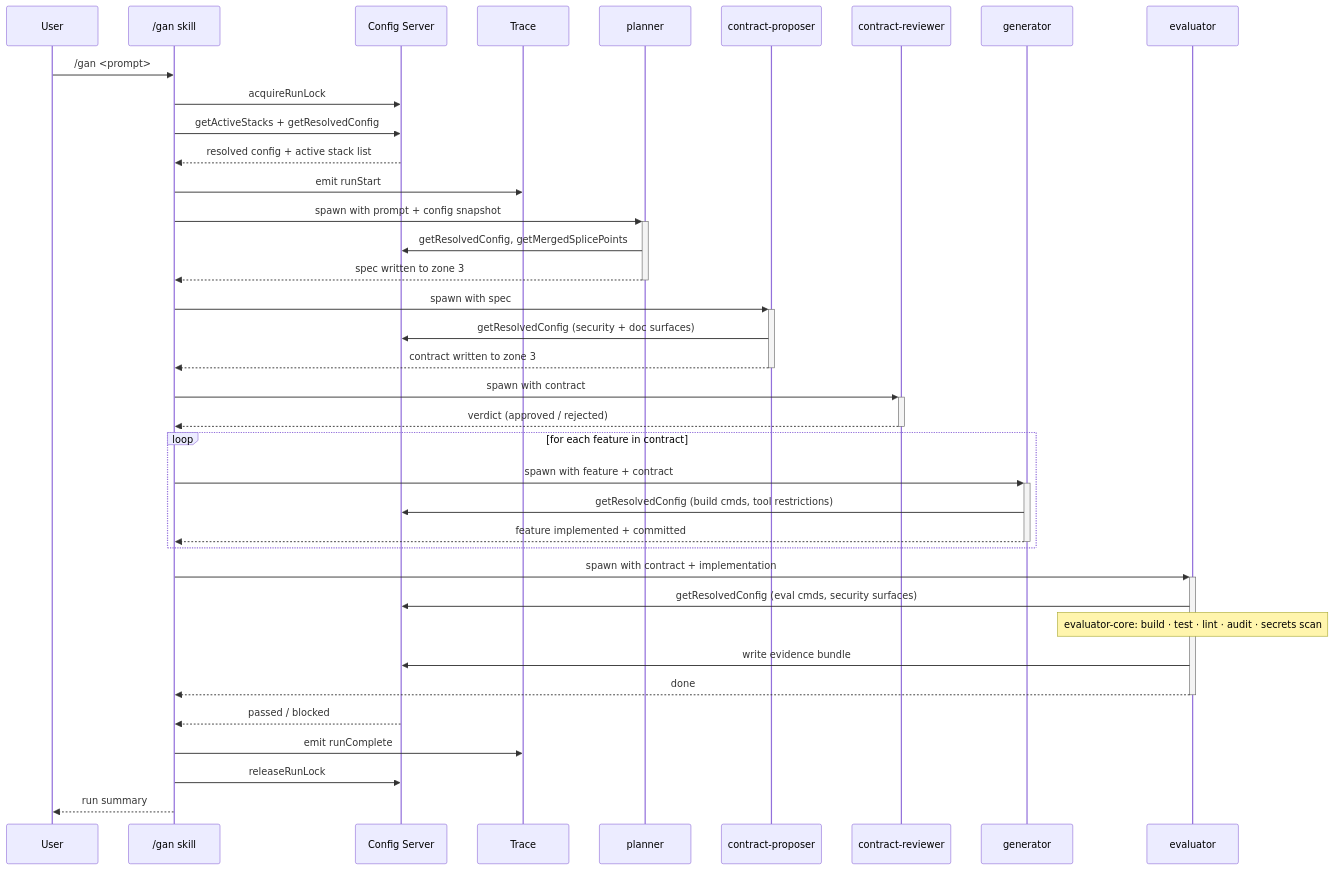
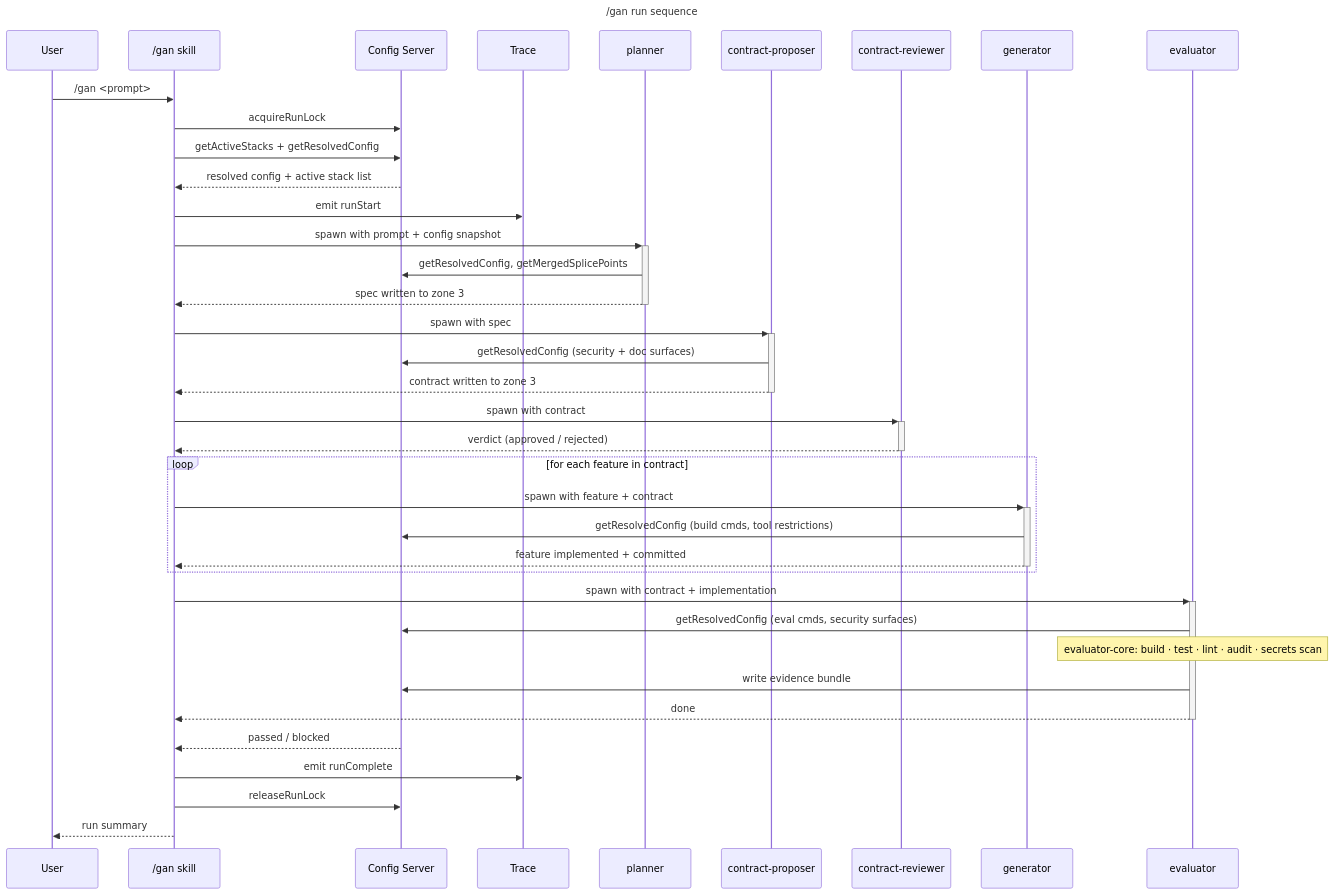
One commit to Thomas-AppForceOne/ClaudeAgents changed the second of 5 diagrams in documentation/subsystem-architecture.md. Above: the diagram before and after it, drawn with Mermaid. The commit also changed other lines of this file, not shown here.

Commit message:
docs: add Mermaid title frontmatter to each diagram

````diff
--- a/documentation/subsystem-architecture.md
+++ b/documentation/subsystem-architecture.md
@@ -72,46 +75,49 @@
 ```mermaid
+---
+title: /gan run sequence
+---
 sequenceDiagram
     participant U as User
     participant SK as /gan skill
     participant CS as Config Server
     participant TR as Trace
     participant PL as planner
     participant CP as contract-proposer
     participant CR as contract-reviewer
     participant GN as generator
     participant EV as evaluator
 
     U->>SK: /gan <prompt>
     SK->>CS: acquireRunLock
     SK->>CS: getActiveStacks + getResolvedConfig
     CS-->>SK: resolved config + active stack list
     SK->>TR: emit runStart
 
     SK->>+PL: spawn with prompt + config snapshot
     PL->>CS: getResolvedConfig, getMergedSplicePoints
     PL-->>-SK: spec written to zone 3
 
     SK->>+CP: spawn with spec
     CP->>CS: getResolvedConfig (security + doc surfaces)
     CP-->>-SK: contract written to zone 3
 
     SK->>+CR: spawn with contract
     CR-->>-SK: verdict (approved / rejected)
 
     loop for each feature in contract
         SK->>+GN: spawn with feature + contract
         GN->>CS: getResolvedConfig (build cmds, tool restrictions)
         GN-->>-SK: feature implemented + committed
     end
 
     SK->>+EV: spawn with contract + implementation
     EV->>CS: getResolvedConfig (eval cmds, security surfaces)
     Note over EV: evaluator-core: build · test · lint · audit · secrets scan
     EV->>CS: write evidence bundle
     EV-->>-SK: done
     CS-->>SK: passed / blocked
 
     SK->>TR: emit runComplete
     SK->>CS: releaseRunLock
     SK-->>U: run summary
 ```
````
